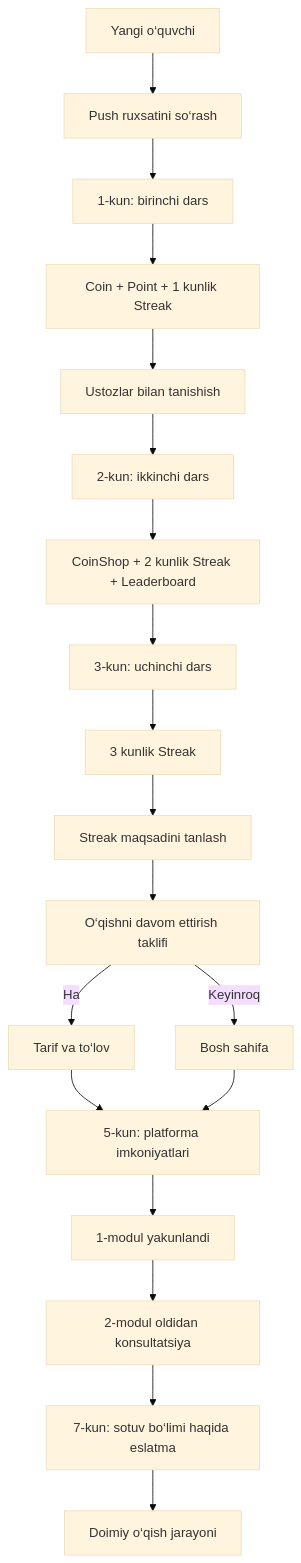
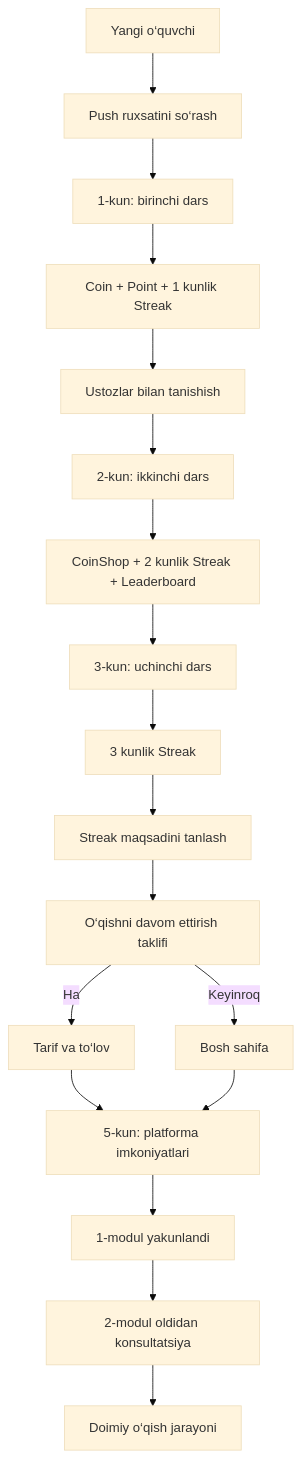
One commit to azimovamunisa0322-sys/junior-vidjet-maketlar changed the diagram in FULL-ONBOARDING-PROCESS.md. Above: the diagram before and after it, drawn with Mermaid (base theme). The commit also changed other lines of this file and 3 other files, not shown here.

````diff
--- a/FULL-ONBOARDING-PROCESS.md
+++ b/FULL-ONBOARDING-PROCESS.md
@@ -23,21 +23,20 @@
 ```mermaid
 flowchart TD
     A[Yangi o‘quvchi] --> B[Push ruxsatini so‘rash]
     B --> C[1-kun: birinchi dars]
     C --> D[Coin + Point + 1 kunlik Streak]
     D --> E[Ustozlar bilan tanishish]
     E --> F[2-kun: ikkinchi dars]
     F --> G[CoinShop + 2 kunlik Streak + Leaderboard]
     G --> H[3-kun: uchinchi dars]
     H --> I[3 kunlik Streak]
     I --> J[Streak maqsadini tanlash]
     J --> K[O‘qishni davom ettirish taklifi]
     K -->|Ha| L[Tarif va to‘lov]
     K -->|Keyinroq| M[Bosh sahifa]
     L --> N[5-kun: platforma imkoniyatlari]
     M --> N
     N --> O[1-modul yakunlandi]
     O --> P[2-modul oldidan konsultatsiya]
-    P --> Q[7-kun: sotuv bo‘limi haqida eslatma]
-    Q --> R[Doimiy o‘qish jarayoni]
+    P --> R[Doimiy o‘qish jarayoni]
 ```
````
